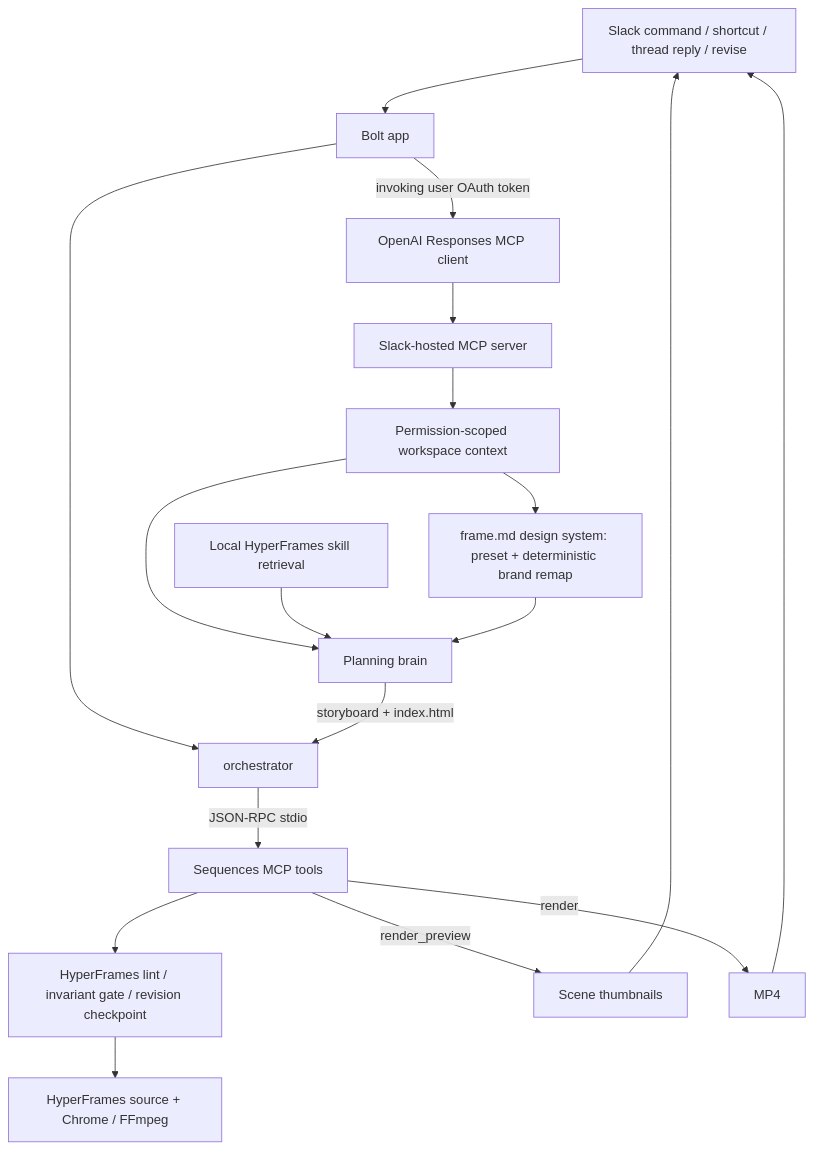
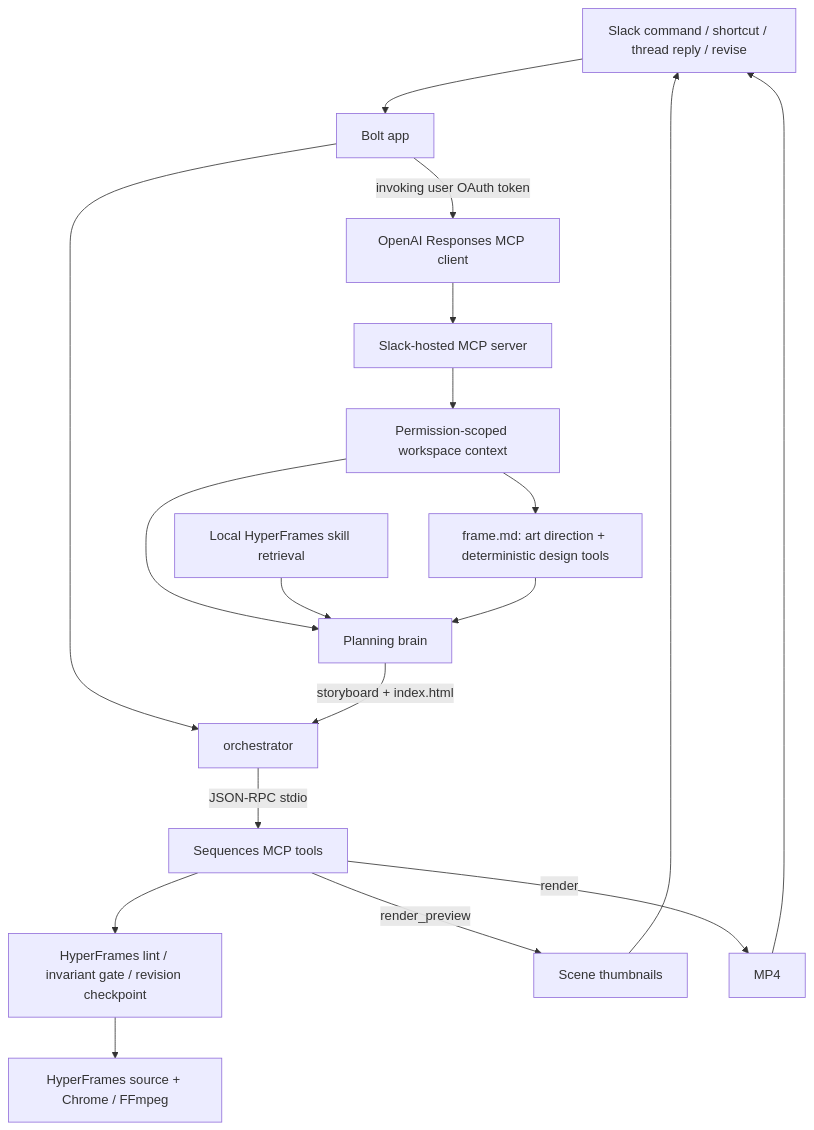
Before and after one commit to vladimirhegai/Slack_Sequences: the diagram in apps/slack/SLACK_PLAN.md, drawn with Mermaid. The commit also changed other lines of this file and 11 other files, not shown here.

Commit message:
feat(slack): creative frame design — tools not answers, agent-driven art direction

````diff
--- a/apps/slack/SLACK_PLAN.md
+++ b/apps/slack/SLACK_PLAN.md
@@ -105,20 +105,20 @@
 ```mermaid
 flowchart TD
   S[Slack command / shortcut / thread reply / revise] --> B[Bolt app]
   B -->|invoking user OAuth token| OC[OpenAI Responses MCP client]
   OC --> SM[Slack-hosted MCP server]
   SM --> WC[Permission-scoped workspace context]
   WC --> P
   B --> O[orchestrator]
   K[Local HyperFrames skill retrieval] --> P[Planning brain]
-  WC --> F[frame.md design system: preset + deterministic brand remap]
+  WC --> F[frame.md: art direction + deterministic design tools]
   F --> P
   P -->|storyboard + index.html| O
   O -->|JSON-RPC stdio| M[Sequences MCP tools]
   M --> C[HyperFrames lint / invariant gate / revision checkpoint]
   C --> H[HyperFrames source + Chrome / FFmpeg]
   M -->|render_preview| T[Scene thumbnails]
   M -->|render| V[MP4]
   T --> S
   V --> S
 ```
````
